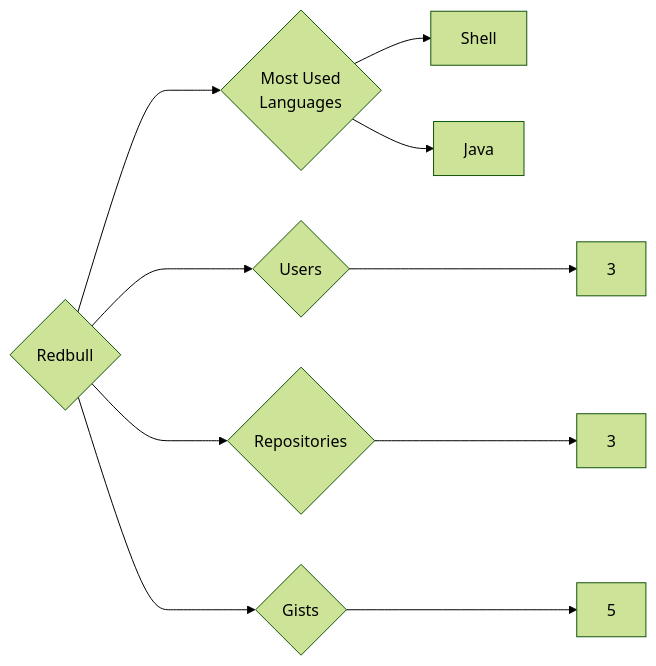
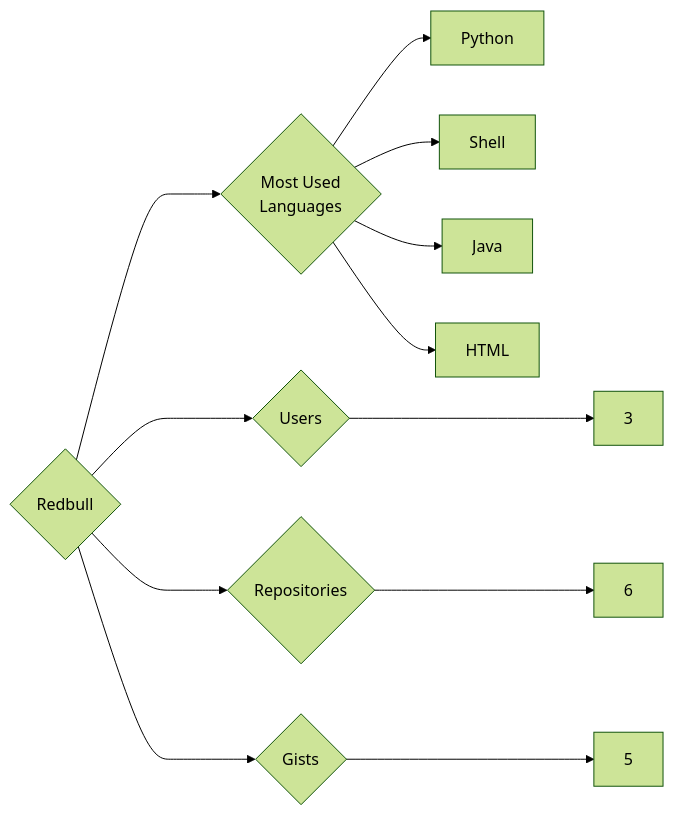
The diagram in targets/Redbull/README.md (trickest/insiders), drawn with Mermaid (forest theme) before and after one commit. The commit also changed 681 other files, not shown here.

````diff
--- a/targets/Redbull/README.md
+++ b/targets/Redbull/README.md
@@ -3,10 +3,12 @@
 ```mermaid
 graph LR
 COMPANY_NAME{Redbull}
 COMPANY_NAME ---> U{Users} ---> UN[3]
-COMPANY_NAME ---> R{Repositories} ---> RN[3]
+COMPANY_NAME ---> R{Repositories} ---> RN[6]
 COMPANY_NAME ---> G{Gists} ---> GN[5]
 COMPANY_NAME ---> ML{Most Used<br>Languages}
+ML --> Python[Python]
 ML --> Shell[Shell]
 ML --> Java[Java]
+ML --> HTML[HTML]
 ```
````
